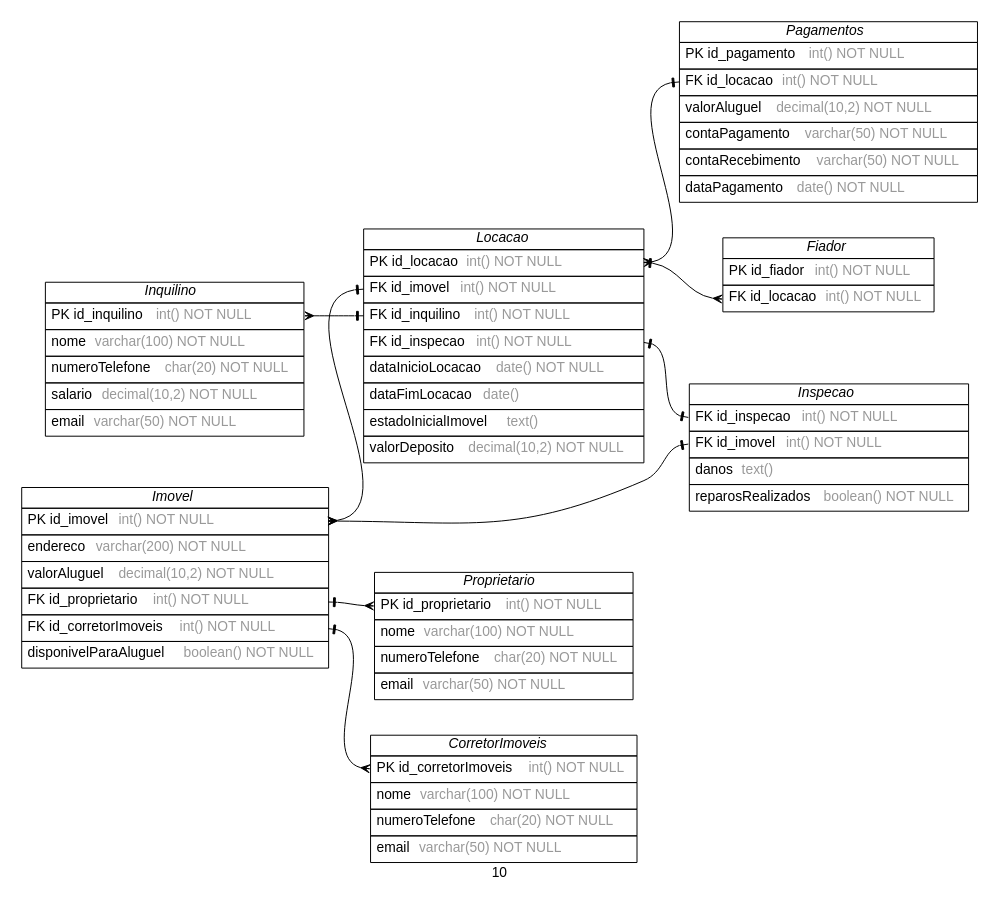
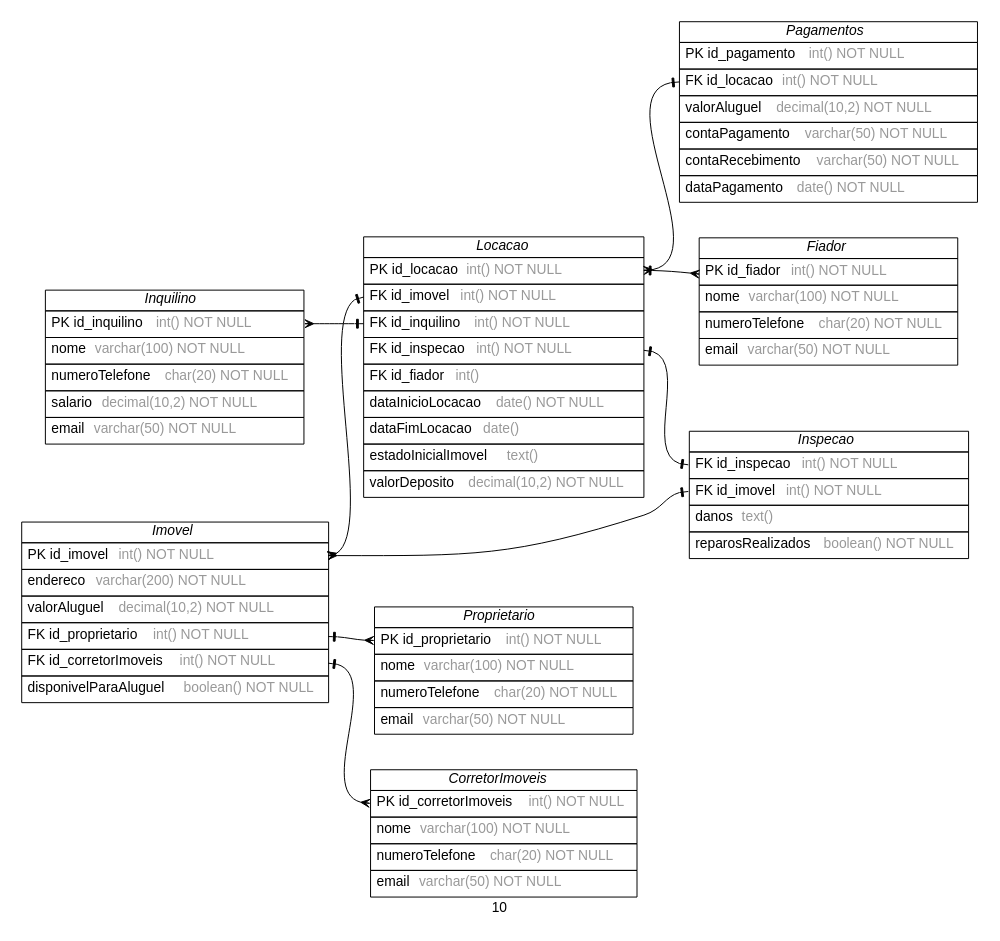
One commit to juliaokmenezes/TXT-to-ERD changed the diagram in avaliacao/dot-json/10.dot. Above: the diagram before and after it, drawn with Graphviz. The commit also changed 12 other files, not shown here.

```diff
--- a/avaliacao/dot-json/10.dot
+++ b/avaliacao/dot-json/10.dot
@@ -1,157 +1,160 @@
 /* created with ERDot < https://github.com/ehne/ERDot > */
 digraph G {
     graph [
         nodesep=0.5;
         rankdir="LR";
         concentrate=true;
         splines="spline";
         fontname="Helvetica";
         pad="0.2,0.2",
         label="10",
         
     ];
     
     node [shape=plain, fontname="Helvetica"];
     edge [
         dir=both,
         fontsize=12,
         arrowsize=0.9,
         penwidth=1.0,
         labelangle=32,
         labeldistance=1.8,
         fontname="Helvetica"
     ];
     
     "CorretorImoveis" [ label=<
         <table border="0" cellborder="1" cellspacing="0" >
         <tr><td><i>CorretorImoveis</i></td></tr>
         <tr><td port="id_corretorImoveis" align="left" cellpadding="5">PK id_corretorImoveis <font color="grey60">int() NOT NULL</font></td></tr>
         <tr><td port="nome" align="left" cellpadding="5">nome <font color="grey60">varchar(100) NOT NULL</font></td></tr>
         <tr><td port="numeroTelefone" align="left" cellpadding="5">numeroTelefone <font color="grey60">char(20) NOT NULL</font></td></tr>
         <tr><td port="email" align="left" cellpadding="5">email <font color="grey60">varchar(50) NOT NULL</font></td></tr>
     </table>>];
     "Proprietario" [ label=<
         <table border="0" cellborder="1" cellspacing="0" >
         <tr><td><i>Proprietario</i></td></tr>
         <tr><td port="id_proprietario" align="left" cellpadding="5">PK id_proprietario <font color="grey60">int() NOT NULL</font></td></tr>
         <tr><td port="nome" align="left" cellpadding="5">nome <font color="grey60">varchar(100) NOT NULL</font></td></tr>
         <tr><td port="numeroTelefone" align="left" cellpadding="5">numeroTelefone <font color="grey60">char(20) NOT NULL</font></td></tr>
         <tr><td port="email" align="left" cellpadding="5">email <font color="grey60">varchar(50) NOT NULL</font></td></tr>
     </table>>];
     "Inquilino" [ label=<
         <table border="0" cellborder="1" cellspacing="0" >
         <tr><td><i>Inquilino</i></td></tr>
         <tr><td port="id_inquilino" align="left" cellpadding="5">PK id_inquilino <font color="grey60">int() NOT NULL</font></td></tr>
         <tr><td port="nome" align="left" cellpadding="5">nome <font color="grey60">varchar(100) NOT NULL</font></td></tr>
         <tr><td port="numeroTelefone" align="left" cellpadding="5">numeroTelefone <font color="grey60">char(20) NOT NULL</font></td></tr>
         <tr><td port="salario" align="left" cellpadding="5">salario <font color="grey60">decimal(10,2) NOT NULL</font></td></tr>
         <tr><td port="email" align="left" cellpadding="5">email <font color="grey60">varchar(50) NOT NULL</font></td></tr>
     </table>>];
     "Imovel" [ label=<
         <table border="0" cellborder="1" cellspacing="0" >
         <tr><td><i>Imovel</i></td></tr>
         <tr><td port="id_imovel" align="left" cellpadding="5">PK id_imovel <font color="grey60">int() NOT NULL</font></td></tr>
         <tr><td port="endereco" align="left" cellpadding="5">endereco <font color="grey60">varchar(200) NOT NULL</font></td></tr>
         <tr><td port="valorAluguel" align="left" cellpadding="5">valorAluguel <font color="grey60">decimal(10,2) NOT NULL</font></td></tr>
         <tr><td port="id_proprietario" align="left" cellpadding="5">FK id_proprietario <font color="grey60">int() NOT NULL</font></td></tr>
         <tr><td port="id_corretorImoveis" align="left" cellpadding="5">FK id_corretorImoveis <font color="grey60">int() NOT NULL</font></td></tr>
         <tr><td port="disponivelParaAluguel" align="left" cellpadding="5">disponivelParaAluguel <font color="grey60">boolean() NOT NULL</font></td></tr>
     </table>>];
     "Locacao" [ label=<
         <table border="0" cellborder="1" cellspacing="0" >
         <tr><td><i>Locacao</i></td></tr>
         <tr><td port="id_locacao" align="left" cellpadding="5">PK id_locacao <font color="grey60">int() NOT NULL</font></td></tr>
         <tr><td port="id_imovel" align="left" cellpadding="5">FK id_imovel <font color="grey60">int() NOT NULL</font></td></tr>
         <tr><td port="id_inquilino" align="left" cellpadding="5">FK id_inquilino <font color="grey60">int() NOT NULL</font></td></tr>
         <tr><td port="id_inspecao" align="left" cellpadding="5">FK id_inspecao <font color="grey60">int() NOT NULL</font></td></tr>
+        <tr><td port="id_fiador" align="left" cellpadding="5">FK id_fiador <font color="grey60">int()</font></td></tr>
         <tr><td port="dataInicioLocacao" align="left" cellpadding="5">dataInicioLocacao <font color="grey60">date() NOT NULL</font></td></tr>
         <tr><td port="dataFimLocacao" align="left" cellpadding="5">dataFimLocacao <font color="grey60">date()</font></td></tr>
         <tr><td port="estadoInicialImovel" align="left" cellpadding="5">estadoInicialImovel <font color="grey60">text()</font></td></tr>
         <tr><td port="valorDeposito" align="left" cellpadding="5">valorDeposito <font color="grey60">decimal(10,2) NOT NULL</font></td></tr>
     </table>>];
     "Pagamentos" [ label=<
         <table border="0" cellborder="1" cellspacing="0" >
         <tr><td><i>Pagamentos</i></td></tr>
         <tr><td port="id_pagamento" align="left" cellpadding="5">PK id_pagamento <font color="grey60">int() NOT NULL</font></td></tr>
         <tr><td port="id_locacao" align="left" cellpadding="5">FK id_locacao <font color="grey60">int() NOT NULL</font></td></tr>
         <tr><td port="valorAluguel" align="left" cellpadding="5">valorAluguel <font color="grey60">decimal(10,2) NOT NULL</font></td></tr>
         <tr><td port="contaPagamento" align="left" cellpadding="5">contaPagamento <font color="grey60">varchar(50) NOT NULL</font></td></tr>
         <tr><td port="contaRecebimento" align="left" cellpadding="5">contaRecebimento <font color="grey60">varchar(50) NOT NULL</font></td></tr>
         <tr><td port="dataPagamento" align="left" cellpadding="5">dataPagamento <font color="grey60">date() NOT NULL</font></td></tr>
     </table>>];
     "Fiador" [ label=<
         <table border="0" cellborder="1" cellspacing="0" >
         <tr><td><i>Fiador</i></td></tr>
         <tr><td port="id_fiador" align="left" cellpadding="5">PK id_fiador <font color="grey60">int() NOT NULL</font></td></tr>
-        <tr><td port="id_locacao" align="left" cellpadding="5">FK id_locacao <font color="grey60">int() NOT NULL</font></td></tr>
+        <tr><td port="nome" align="left" cellpadding="5">nome <font color="grey60">varchar(100) NOT NULL</font></td></tr>
+        <tr><td port="numeroTelefone" align="left" cellpadding="5">numeroTelefone <font color="grey60">char(20) NOT NULL</font></td></tr>
+        <tr><td port="email" align="left" cellpadding="5">email <font color="grey60">varchar(50) NOT NULL</font></td></tr>
     </table>>];
     "Inspecao" [ label=<
         <table border="0" cellborder="1" cellspacing="0" >
         <tr><td><i>Inspecao</i></td></tr>
         <tr><td port="id_inspecao" align="left" cellpadding="5">FK id_inspecao <font color="grey60">int() NOT NULL</font></td></tr>
         <tr><td port="id_imovel" align="left" cellpadding="5">FK id_imovel <font color="grey60">int() NOT NULL</font></td></tr>
         <tr><td port="danos" align="left" cellpadding="5">danos <font color="grey60">text()</font></td></tr>
         <tr><td port="reparosRealizados" align="left" cellpadding="5">reparosRealizados <font color="grey60">boolean() NOT NULL</font></td></tr>
     </table>>];
 
     
     "Imovel":"id_corretorImoveis"->"CorretorImoveis":"id_corretorImoveis" [
         arrowhead=ocrow,
 
         arrowtail=noneotee,
     ];
 
     
     "Imovel":"id_proprietario"->"Proprietario":"id_proprietario" [
         arrowhead=ocrow,
 
         arrowtail=noneotee,
     ];
 
     
     "Imovel":"id_imovel"->"Locacao":"id_imovel" [
         arrowhead=noneotee,
 
         arrowtail=ocrow,
     ];
 
     
     "Inquilino":"id_inquilino"->"Locacao":"id_inquilino" [
         arrowhead=noneotee,
 
         arrowtail=ocrow,
     ];
 
     
     "Locacao":"id_locacao"->"Pagamentos":"id_locacao" [
         arrowhead=noneotee,
 
         arrowtail=ocrow,
     ];
 
     
     "Locacao":"id_locacao"->"Fiador":"id_locacao" [
         arrowhead=ocrow,
 
         arrowtail=noneotee,
     ];
 
     
     "Inspecao":"id_imovel"->"Imovel":"id_imovel" [
         arrowhead=ocrow,
 
         arrowtail=noneotee,
     ];
 
     
     "Locacao":"id_inspecao"->"Inspecao":"id_inspecao" [
         arrowhead=noneotee,
 
         arrowtail=noneotee,
     ];
 
 
 
     
 
 }
```
